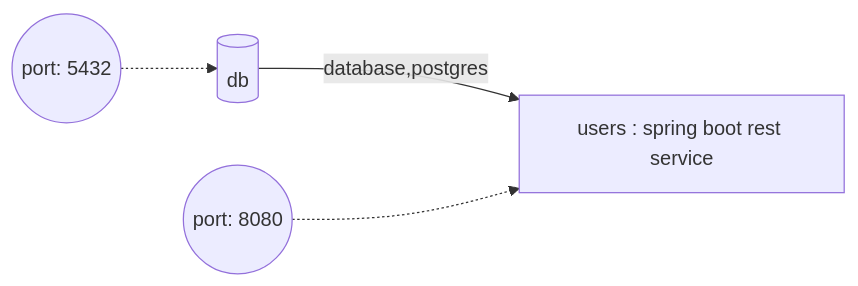
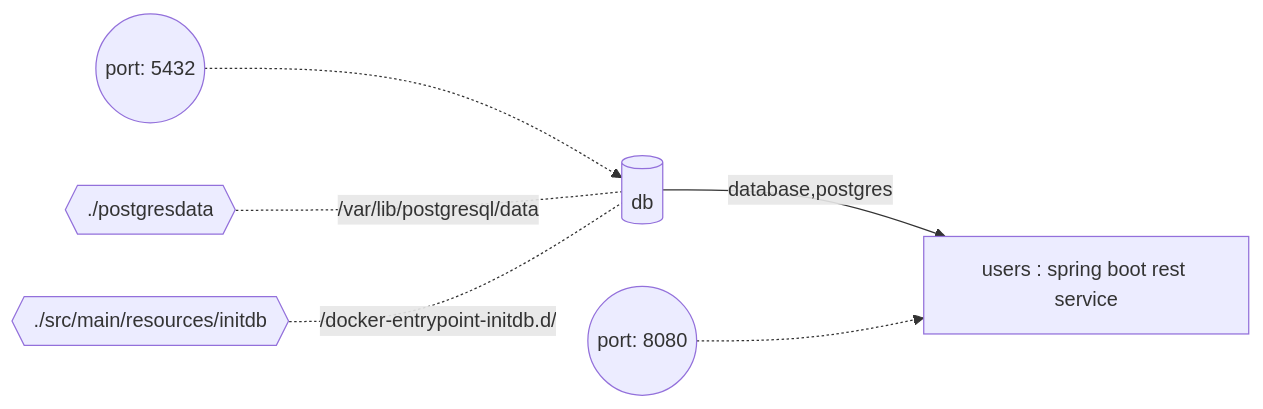
The diagram in readme.md (marcusblackhall/userservice), drawn with Mermaid before and after one commit.

Commit message:
Add volumes to mermaid diagram in readme

````diff
--- a/readme.md
+++ b/readme.md
@@ -80,7 +80,9 @@
 ```mermaid
 flowchart LR
   db[(db)] --> |database,postgres |users
   port1((port: 8080)) .-> users
   port2((port: 5432)) .-> db
+  volume1{{./postgresdata}}  -.-|/var/lib/postgresql/data| db
+  volume2{{./src/main/resources/initdb}}    -.-|/docker-entrypoint-initdb.d/| db
   users[users : spring boot rest service]
 ```
````
